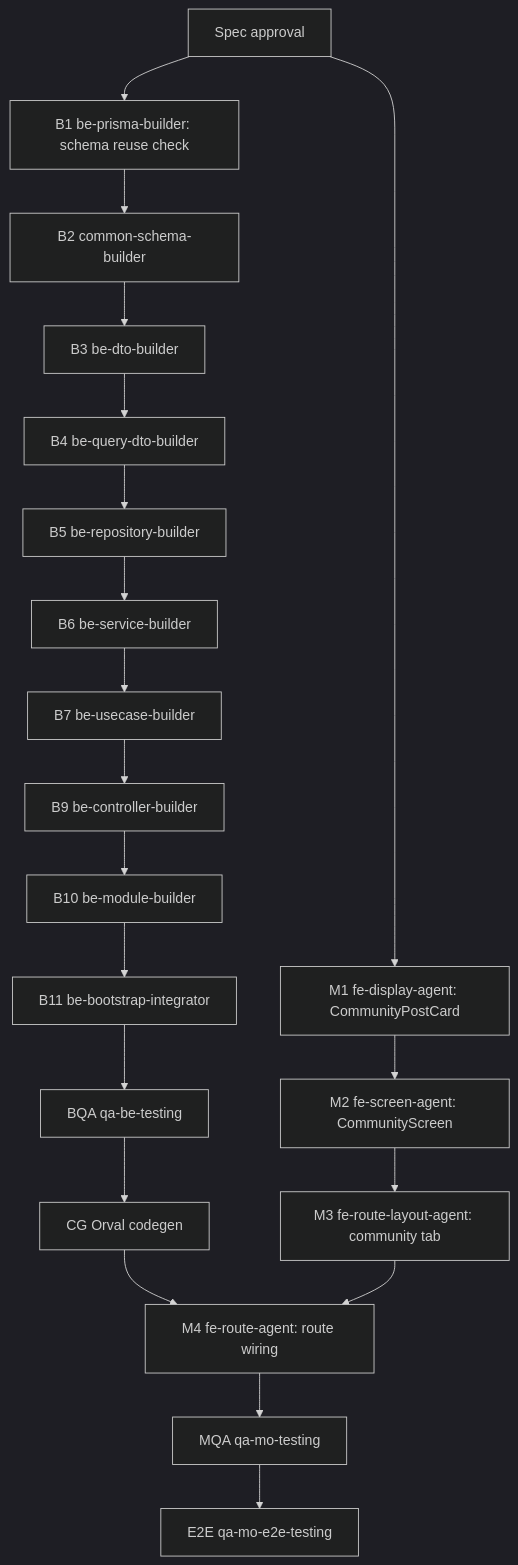
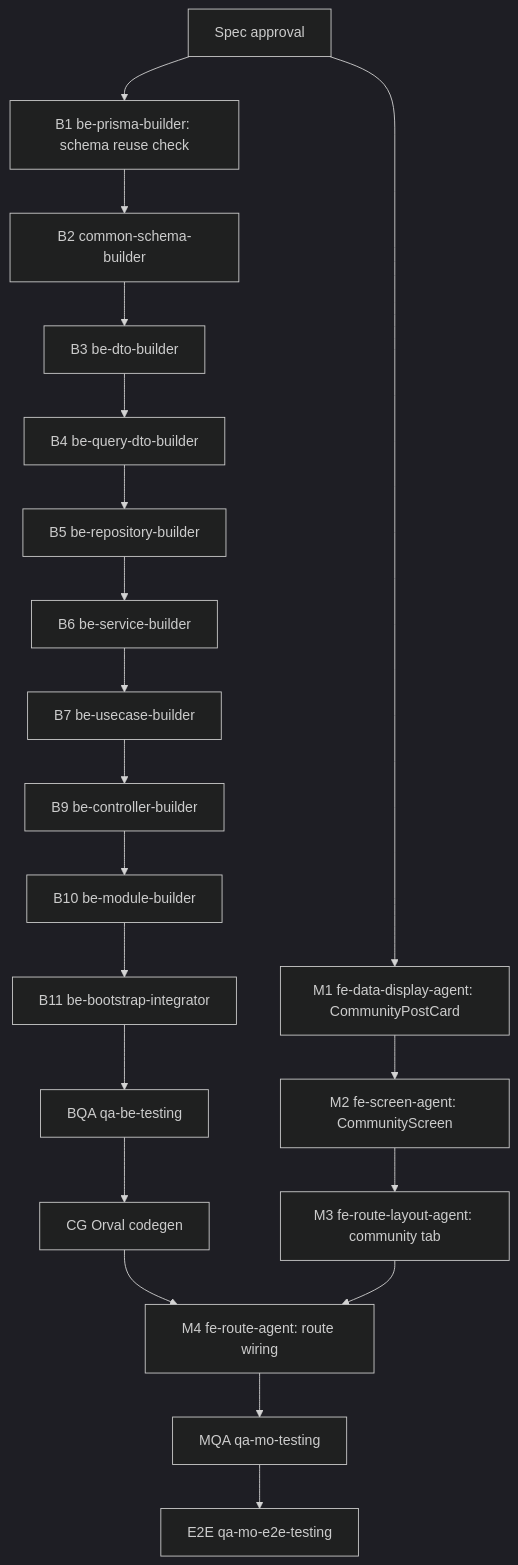
The diagram in apps/mobile/src/app/community/index.spec.md (kimjoongwon/prj-core), drawn with Mermaid (dark theme) before and after one commit. The commit also changed other lines of this file and 1483 other files, not shown here.

````diff
--- a/apps/mobile/src/app/community/index.spec.md
+++ b/apps/mobile/src/app/community/index.spec.md
@@ -277,24 +277,24 @@
 ```mermaid
 flowchart TD
   S["Spec approval"]
   S --> B1["B1 be-prisma-builder: schema reuse check"]
   B1 --> B2["B2 common-schema-builder"]
   B2 --> B3["B3 be-dto-builder"]
   B3 --> B4["B4 be-query-dto-builder"]
   B4 --> B5["B5 be-repository-builder"]
   B5 --> B6["B6 be-service-builder"]
   B6 --> B7["B7 be-usecase-builder"]
   B7 --> B9["B9 be-controller-builder"]
   B9 --> B10["B10 be-module-builder"]
   B10 --> B11["B11 be-bootstrap-integrator"]
   B11 --> BQA["BQA qa-be-testing"]
   BQA --> CG["CG Orval codegen"]
 
-  S --> M1["M1 fe-display-agent: CommunityPostCard"]
+  S --> M1["M1 fe-data-display-agent: CommunityPostCard"]
   M1 --> M2["M2 fe-screen-agent: CommunityScreen"]
   M2 --> M3["M3 fe-route-layout-agent: community tab"]
   CG --> M4["M4 fe-route-agent: route wiring"]
   M3 --> M4
   M4 --> MQA["MQA qa-mo-testing"]
   MQA --> E2E["E2E qa-mo-e2e-testing"]
 ```
````
